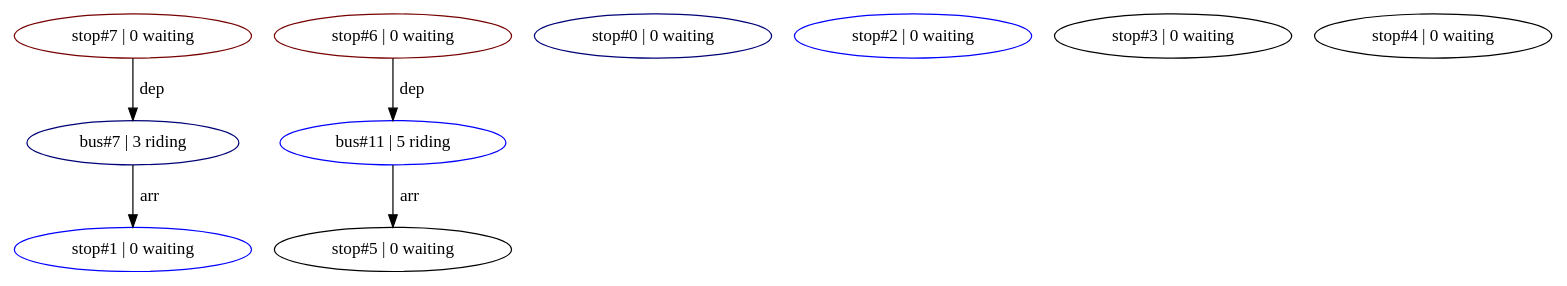
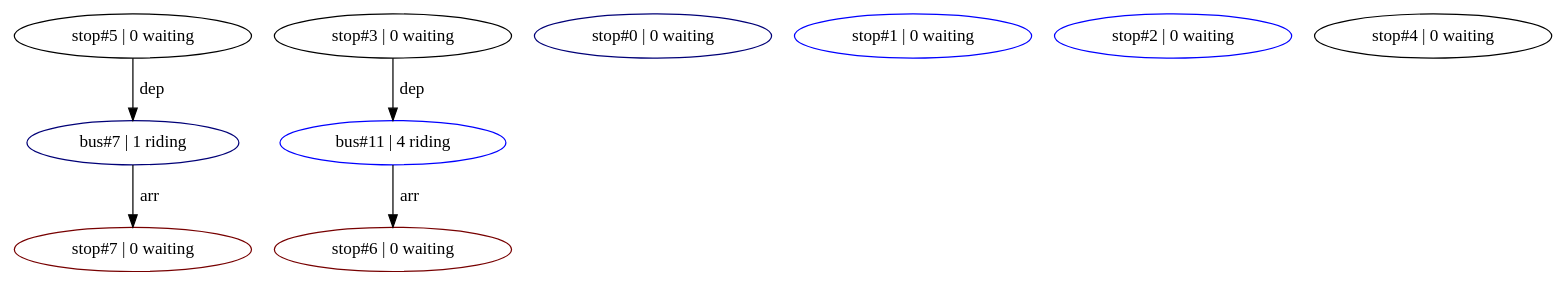
The diagram in bin/mts_digraph.dot (spmatthews03/MARTA), drawn with Graphviz before and after one commit. The commit also changed 14 other files, not shown here.

```diff
--- a/bin/mts_digraph.dot
+++ b/bin/mts_digraph.dot
@@ -1,19 +1,19 @@
 digraph G
 {
-  bus7 [ label="bus#7 | 3 riding", color="#000077"];
-  bus11 [ label="bus#11 | 5 riding", color="#0000FF"];
+  bus7 [ label="bus#7 | 1 riding", color="#000077"];
+  bus11 [ label="bus#11 | 4 riding", color="#0000FF"];
 
   stop0 [ label="stop#0 | 0 waiting", color="#000077"];
   stop1 [ label="stop#1 | 0 waiting", color="#0000FF"];
   stop2 [ label="stop#2 | 0 waiting", color="#0000FF"];
   stop3 [ label="stop#3 | 0 waiting", color="#000000"];
   stop4 [ label="stop#4 | 0 waiting", color="#000000"];
   stop5 [ label="stop#5 | 0 waiting", color="#000000"];
   stop6 [ label="stop#6 | 0 waiting", color="#770000"];
   stop7 [ label="stop#7 | 0 waiting", color="#770000"];
 
-  stop7 -> bus7 [ label=" dep" ];
-  bus7 -> stop1 [ label=" arr" ];
-  stop6 -> bus11 [ label=" dep" ];
-  bus11 -> stop5 [ label=" arr" ];
+  stop5 -> bus7 [ label=" dep" ];
+  bus7 -> stop7 [ label=" arr" ];
+  stop3 -> bus11 [ label=" dep" ];
+  bus11 -> stop6 [ label=" arr" ];
 }
```
